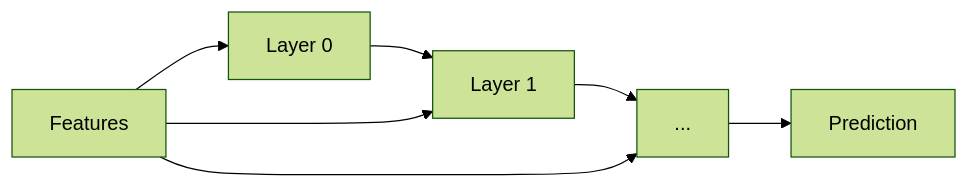
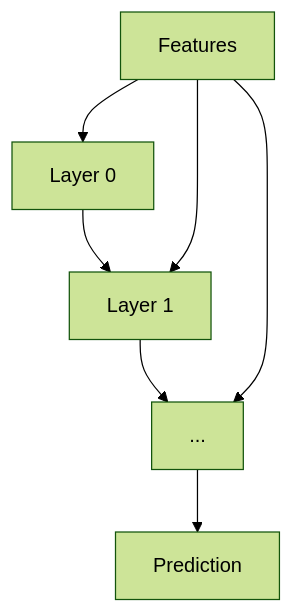
One commit to kvoyager/torchsonn changed the diagram in README.md. Above: the diagram before and after it, drawn with Mermaid (forest theme).

Commit message:
docs(readme): draw the growth diagram top to bottom
GitHub overlays its pan and zoom controls on the bottom-right corner of every Mermaid diagram, where the left-to-right flowchart had its Prediction box. Drawn top to bottom, the diagram is a narrow column and the corner stays empty. The docs site, which adds no controls, keeps the left-to-right layout.

````diff
--- a/README.md
+++ b/README.md
@@ -39,9 +39,9 @@
 ```mermaid
-flowchart LR
+flowchart TB
     F[Features] --> L0[Layer 0]
     L0 --> L1[Layer 1]
     F --> L1
     L1 --> L2[...]
     F --> L2
     L2 --> P[Prediction]
 ```
````
